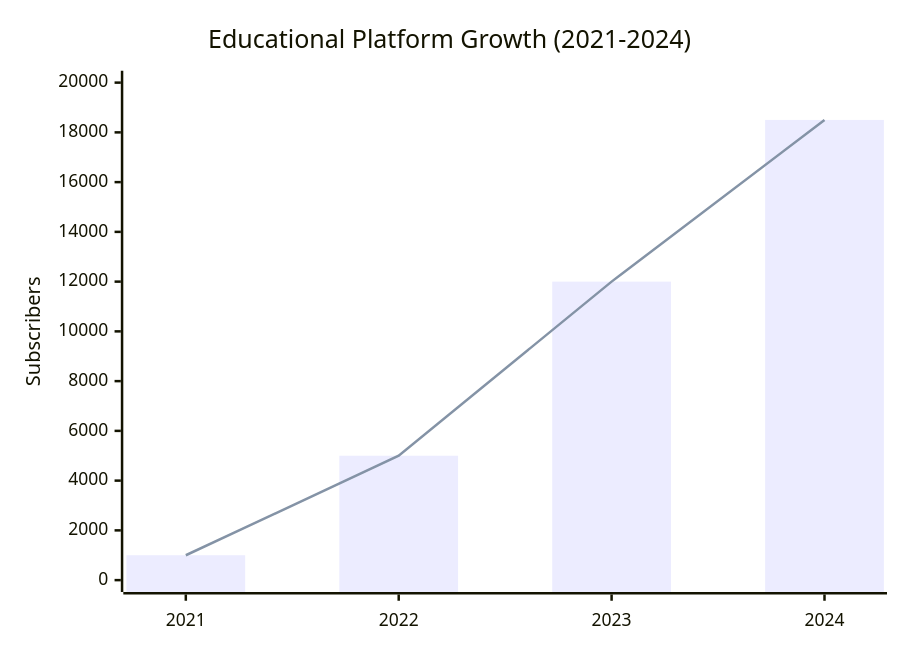
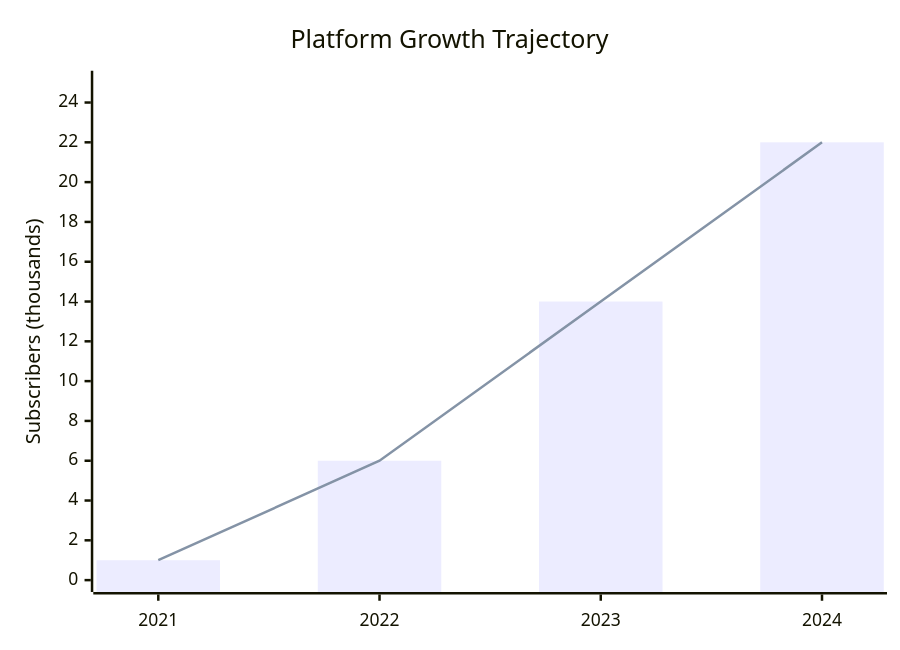
Before and after one commit to mentech93/mentech93: diagram 14 of 17 in README.md, drawn with Mermaid. The commit also changed other lines of this file, not shown here.

````diff
--- a/README.md
+++ b/README.md
@@ -440,8 +566,8 @@
 ```mermaid
 xychart-beta
-    title "Educational Platform Growth (2021-2024)"
-    x-axis [2021, 2022, 2023, 2024]
-    y-axis "Subscribers" 0 --> 20000
-    bar [1000, 5000, 12000, 18500]
-    line [1000, 5000, 12000, 18500]
+    title "Platform Growth Trajectory"
+    x-axis ["2021", "2022", "2023", "2024"]
+    y-axis "Subscribers (thousands)" 0 --> 25
+    bar [1, 6, 14, 22]
+    line [1, 6, 14, 22]
 ```
````
